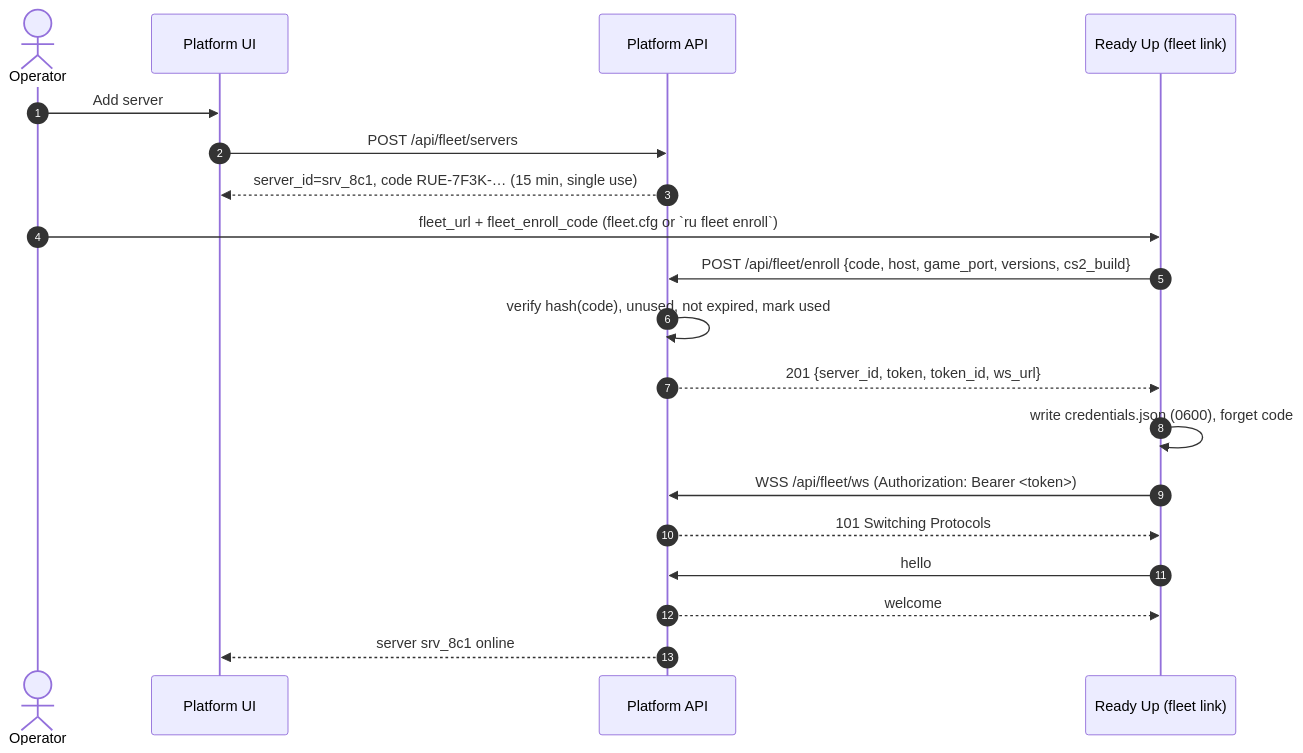
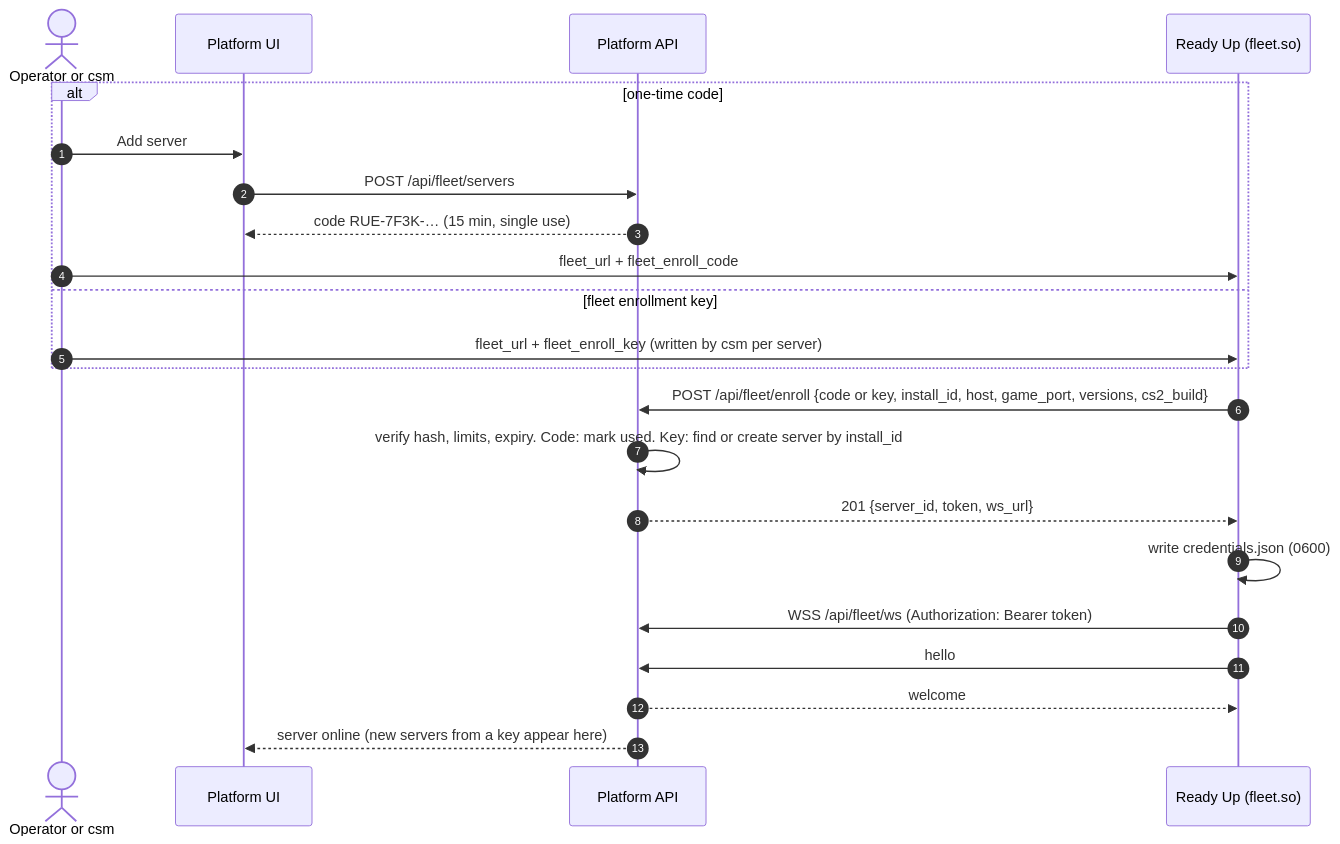
Before and after one commit to Auto-Tournament/ready-up: the first of 7 diagrams in docs/FLEET.md, drawn with Mermaid. The commit also changed other lines of this file, not shown here.

First line of the commit message:
docs(fleet): bake in Sivert's review decisions, add hosts (csm) channel

````diff
--- a/docs/FLEET.md
+++ b/docs/FLEET.md
@@ -126,21 +181,24 @@
 ```mermaid
 sequenceDiagram
     autonumber
-    actor Op as Operator
+    actor Op as Operator or csm
     participant UI as Platform UI
     participant API as Platform API
-    participant RU as Ready Up (fleet link)
-    Op->>UI: Add server
-    UI->>API: POST /api/fleet/servers
-    API-->>UI: server_id=srv_8c1, code RUE-7F3K-… (15 min, single use)
-    Op->>RU: fleet_url + fleet_enroll_code (fleet.cfg or `ru fleet enroll`)
-    RU->>API: POST /api/fleet/enroll {code, host, game_port, versions, cs2_build}
-    API->>API: verify hash(code), unused, not expired, mark used
-    API-->>RU: 201 {server_id, token, token_id, ws_url}
-    RU->>RU: write credentials.json (0600), forget code
-    RU->>API: WSS /api/fleet/ws  (Authorization: Bearer <token>)
-    API-->>RU: 101 Switching Protocols
+    participant RU as Ready Up (fleet.so)
+    alt one-time code
+        Op->>UI: Add server
+        UI->>API: POST /api/fleet/servers
+        API-->>UI: code RUE-7F3K-… (15 min, single use)
+        Op->>RU: fleet_url + fleet_enroll_code
+    else fleet enrollment key
+        Op->>RU: fleet_url + fleet_enroll_key (written by csm per server)
+    end
+    RU->>API: POST /api/fleet/enroll {code or key, install_id, host, game_port, versions, cs2_build}
+    API->>API: verify hash, limits, expiry. Code: mark used. Key: find or create server by install_id
+    API-->>RU: 201 {server_id, token, ws_url}
+    RU->>RU: write credentials.json (0600)
+    RU->>API: WSS /api/fleet/ws (Authorization: Bearer token)
     RU->>API: hello
     API-->>RU: welcome
-    API-->>UI: server srv_8c1 online
+    API-->>UI: server online (new servers from a key appear here)
 ```
````
